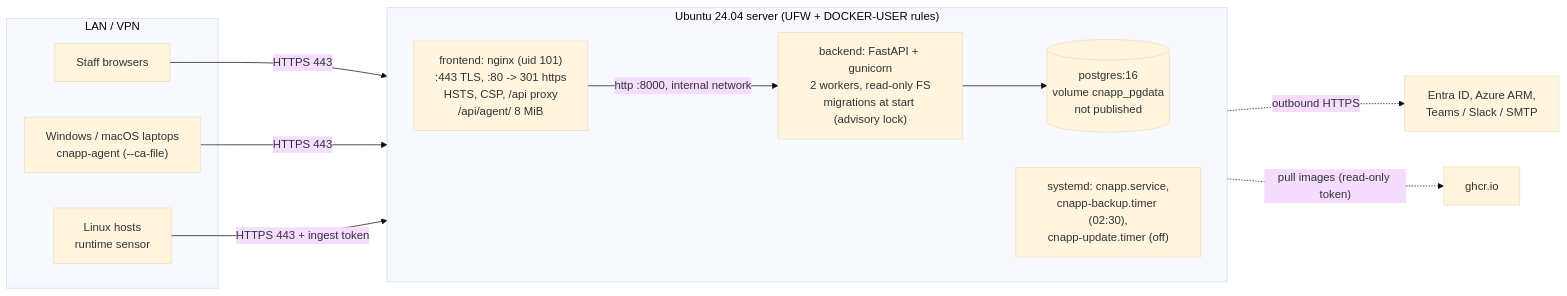
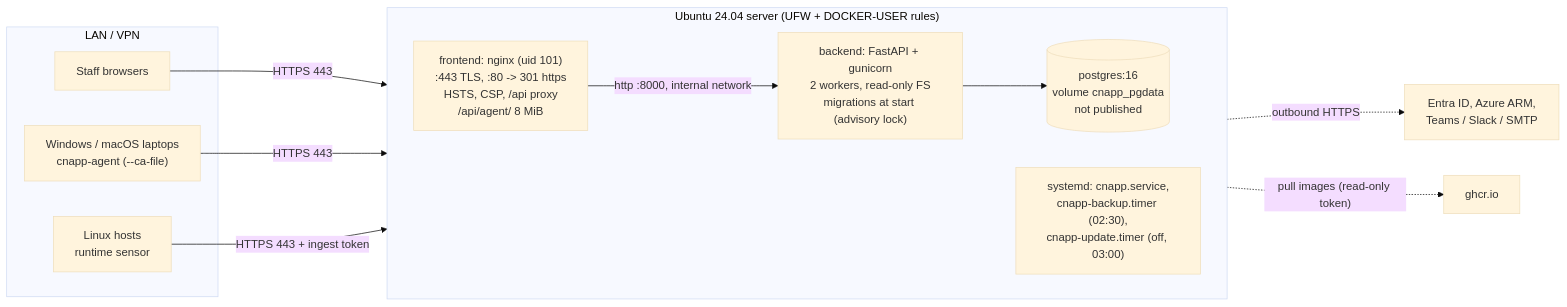
The diagram in docs/DEPLOY_ONPREM.md (Amechi-demigod/CloudSecurity), drawn with Mermaid (base theme) before and after one commit. The commit also changed other lines of this file and 11 other files, not shown here.

````diff
--- a/docs/DEPLOY_ONPREM.md
+++ b/docs/DEPLOY_ONPREM.md
@@ -60,22 +61,22 @@
 ```mermaid
 flowchart LR
   subgraph Clients["LAN / VPN"]
     B["Staff browsers"]
     L["Windows / macOS laptops<br/>cnapp-agent (--ca-file)"]
     S["Linux hosts<br/>runtime sensor"]
   end
   subgraph Server["Ubuntu 24.04 server (UFW + DOCKER-USER rules)"]
     direction LR
     N["frontend: nginx (uid 101)<br/>:443 TLS, :80 -> 301 https<br/>HSTS, CSP, /api proxy<br/>/api/agent/ 8 MiB"]
     A["backend: FastAPI + gunicorn<br/>2 workers, read-only FS<br/>migrations at start (advisory lock)"]
     P[("postgres:16<br/>volume cnapp_pgdata<br/>not published")]
     N -->|"http :8000, internal network"| A
     A --> P
-    T["systemd: cnapp.service,<br/>cnapp-backup.timer (02:30),<br/>cnapp-update.timer (off)"]
+    T["systemd: cnapp.service,<br/>cnapp-backup.timer (02:30),<br/>cnapp-update.timer (off, 03:00)"]
   end
   B -->|HTTPS 443| N
   L -->|HTTPS 443| N
   S -->|"HTTPS 443 + ingest token"| N
   A -.->|"outbound HTTPS"| X["Entra ID, Azure ARM,<br/>Teams / Slack / SMTP"]
   Server -.->|"pull images (read-only token)"| G["ghcr.io"]
 ```
````
